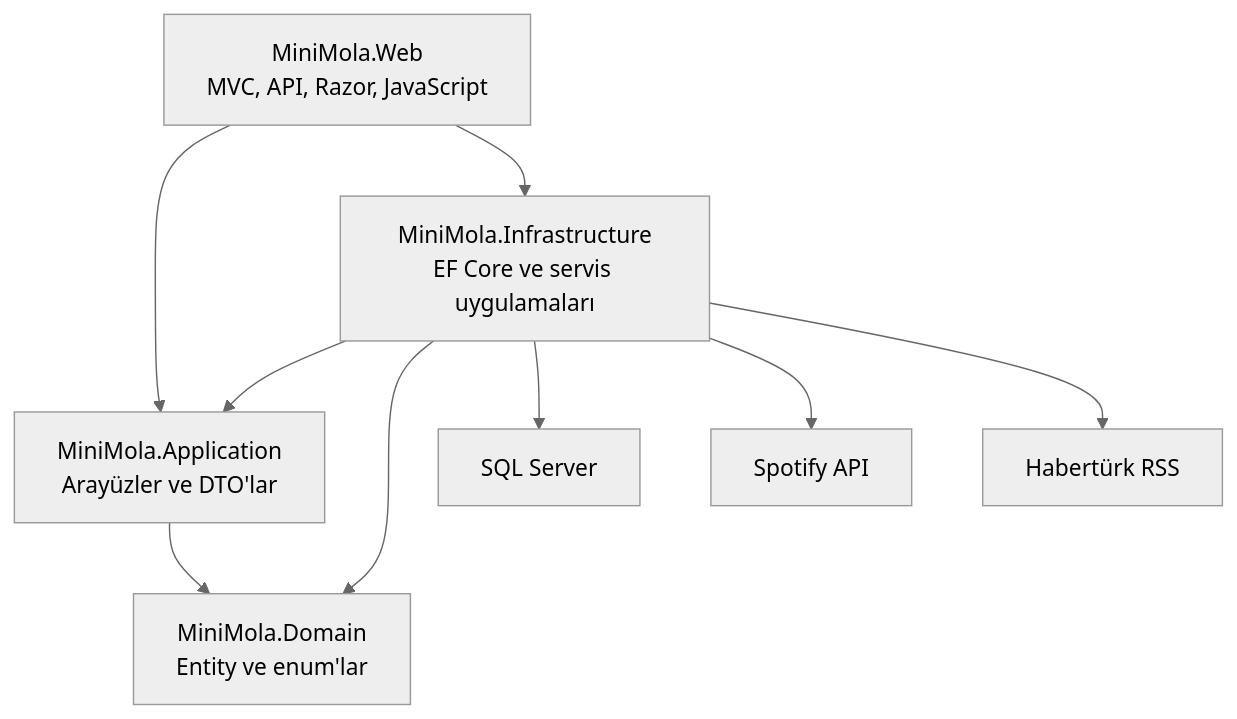
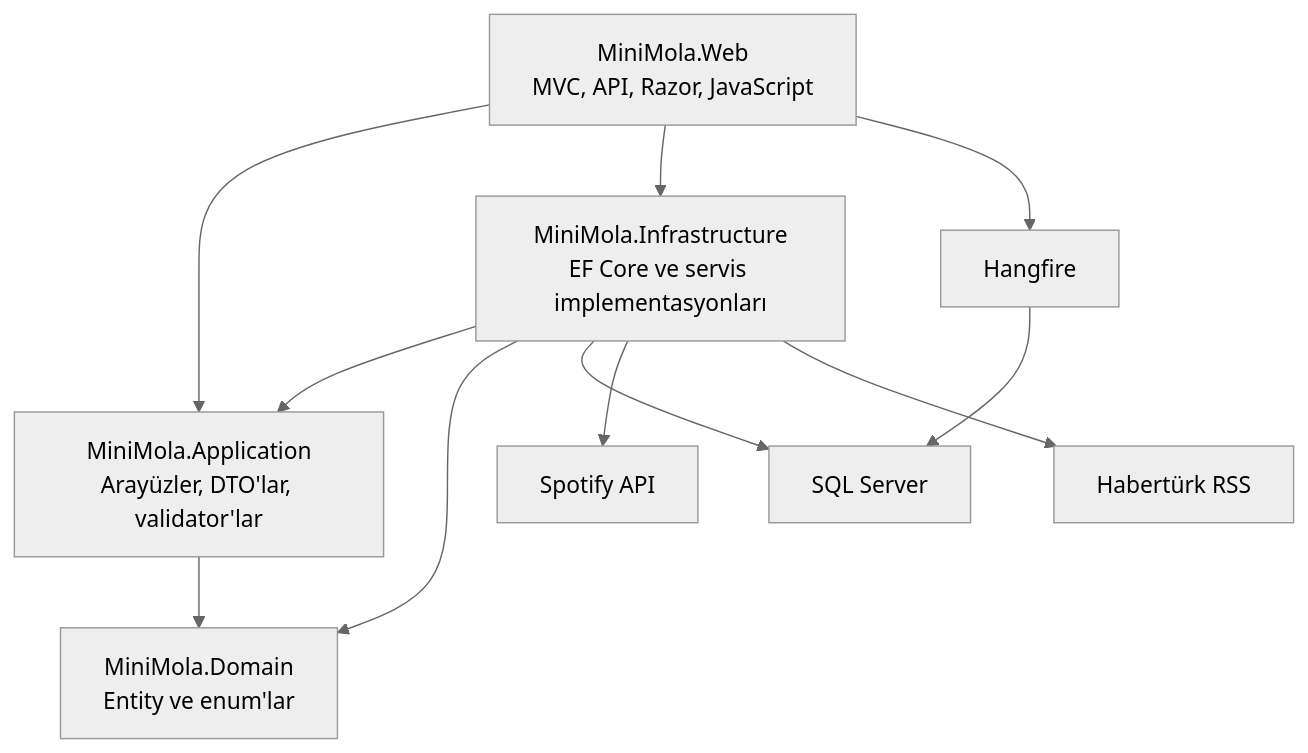
One commit to emretutun/MiniMola changed the first of 2 diagrams in README.md. Above: the diagram before and after it, drawn with Mermaid (neutral theme). The commit also changed other lines of this file, not shown here.

````diff
--- a/README.md
+++ b/README.md
@@ -412,19 +949,22 @@
 ```mermaid
 flowchart TD
     WEB["MiniMola.Web<br/>MVC, API, Razor, JavaScript"]
-    APP["MiniMola.Application<br/>Arayüzler ve DTO'lar"]
-    INF["MiniMola.Infrastructure<br/>EF Core ve servis uygulamaları"]
+    APP["MiniMola.Application<br/>Arayüzler, DTO'lar, validator'lar"]
+    INF["MiniMola.Infrastructure<br/>EF Core ve servis implementasyonları"]
     DOMAIN["MiniMola.Domain<br/>Entity ve enum'lar"]
     SQL["SQL Server"]
+    HANGFIRE["Hangfire"]
     SPOTIFY["Spotify API"]
     NEWS["Habertürk RSS"]
 
     WEB --> APP
     WEB --> INF
     INF --> APP
     INF --> DOMAIN
     APP --> DOMAIN
     INF --> SQL
+    WEB --> HANGFIRE
+    HANGFIRE --> SQL
     INF --> SPOTIFY
     INF --> NEWS
 ```
````
